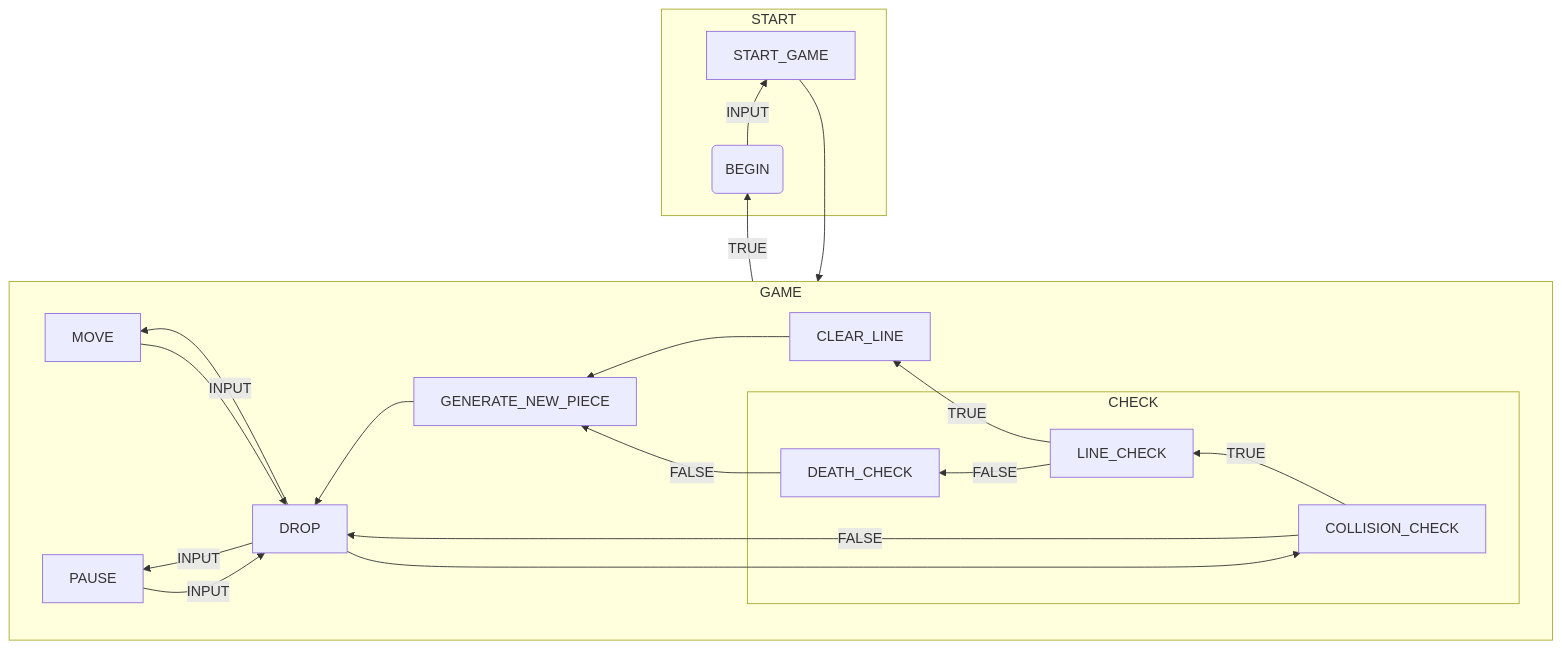
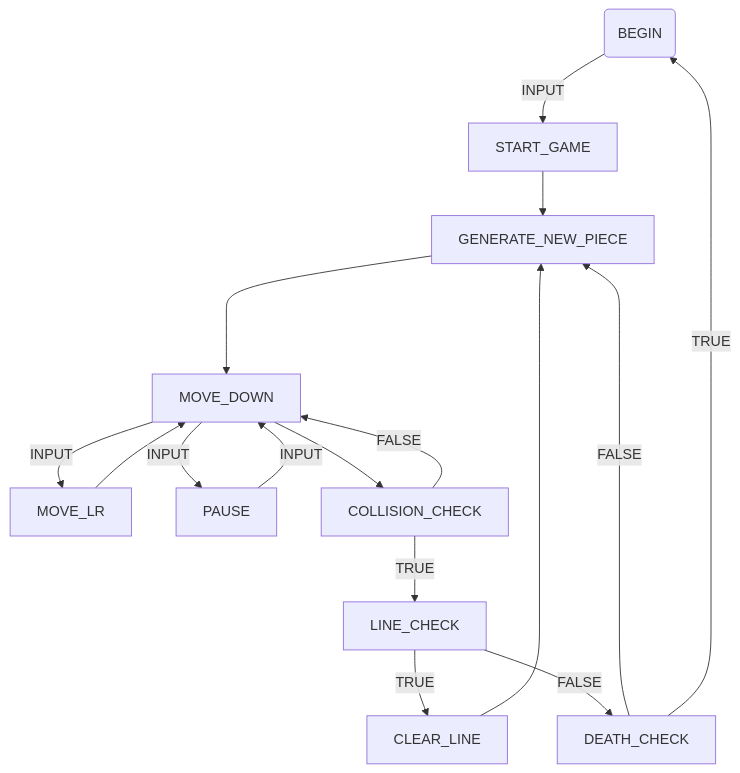
Before and after one commit to themjbe/STM32-Tetris: the diagram in game_engine.md, drawn with Mermaid. The commit also changed 1 other file, not shown here.

````diff
--- a/game_engine.md
+++ b/game_engine.md
@@ -1,38 +1,32 @@
 ```mermaid
-  graph BT
+  graph TD
+    BEGIN
+    
+    START_GAME
+
+    GENERATE_NEW_PIECE
+    
+    MOVE_DOWN
+    
+    MOVE_LR
+    PAUSE
+    COLLISION_CHECK
+    
+    LINE_CHECK
+    CLEAR_LINE
+    DEATH_CHECK
+    
+    MOVE_DOWN-->COLLISION_CHECK
+    MOVE_DOWN--INPUT-->MOVE_LR-->MOVE_DOWN
+    MOVE_DOWN--INPUT-->PAUSE--INPUT-->MOVE_DOWN
+    COLLISION_CHECK--FALSE-->MOVE_DOWN
+    GENERATE_NEW_PIECE--->MOVE_DOWN
+    LINE_CHECK--TRUE-->CLEAR_LINE
+    LINE_CHECK--FALSE-->DEATH_CHECK
     BEGIN(BEGIN)--INPUT-->START_GAME
-    START_GAME-->GENERATE_NEW_PIECE
-    GENERATE_NEW_PIECE-->DROP
-    CLEAR_LINE-->GENERATE_NEW_PIECE
-    DROP-->COLLISION_CHECK
-
-    DROP--INPUT-->MOVE-->DROP
-    DROP--INPUT-->PAUSE--INPUT-->DROP
-
-    subgraph START
-      BEGIN
-      START_GAME
-    end
-
-    subgraph GAME
-      direction RL
-      GENERATE_NEW_PIECE
-      DROP
-      CLEAR_LINE
-      MOVE
-      PAUSE
-      
-      subgraph CHECK
-        COLLISION_CHECK
-        DEATH_CHECK
-        LINE_CHECK
-      end
-    end
-
     DEATH_CHECK--FALSE-->GENERATE_NEW_PIECE
-    LINE_CHECK--FALSE-->DEATH_CHECK
-    LINE_CHECK--TRUE-->CLEAR_LINE
     DEATH_CHECK--TRUE-->BEGIN
     COLLISION_CHECK--TRUE-->LINE_CHECK
-    COLLISION_CHECK--FALSE-->DROP
+    START_GAME-->GENERATE_NEW_PIECE
+    CLEAR_LINE-->GENERATE_NEW_PIECE
 ```
````
